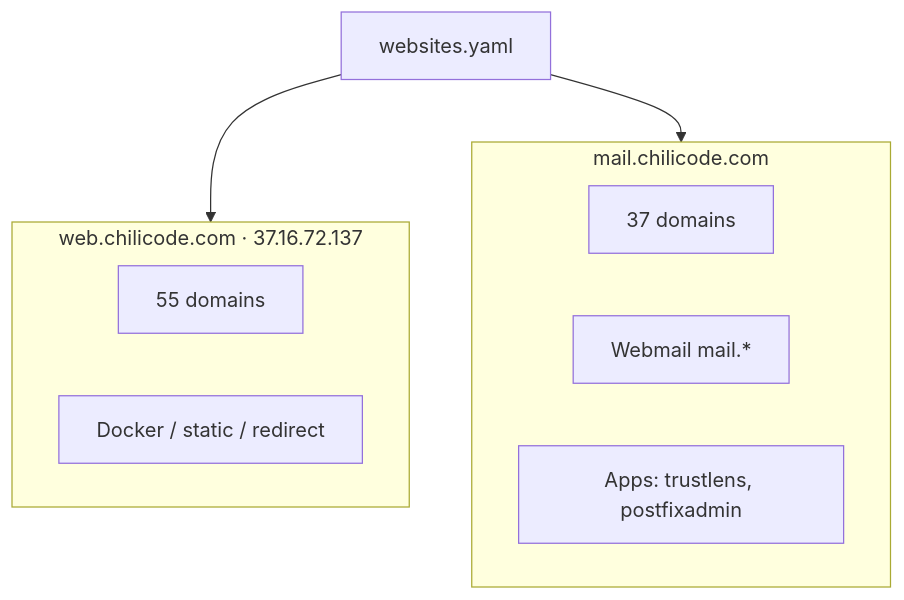
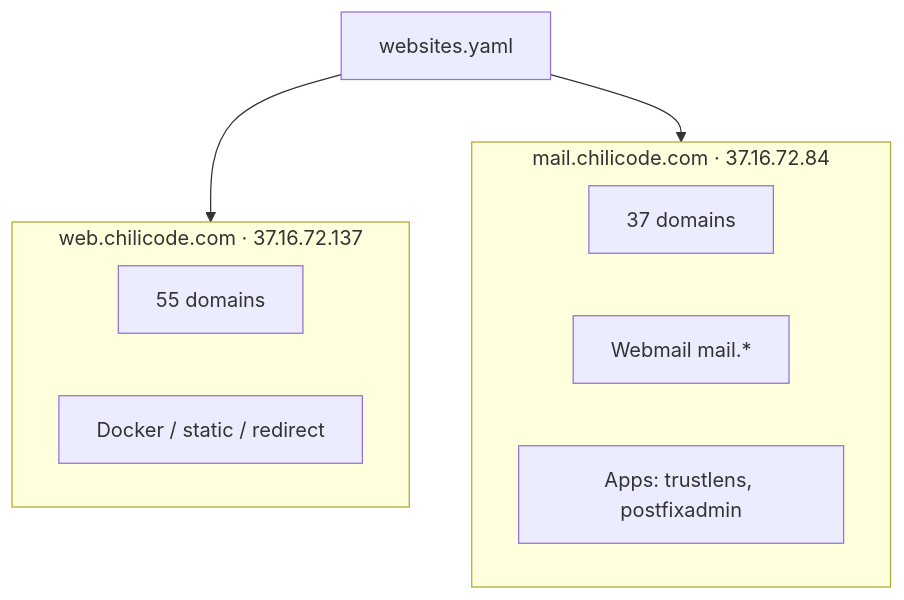
One commit to hubertba/website-health changed the sixth of 6 diagrams in requirements-docs/diagrams.rst. Above: the diagram before and after it, drawn with Mermaid. The commit also changed other lines of this file and 20 other files, not shown here.

```diff
--- a/requirements-docs/diagrams.rst
+++ b/requirements-docs/diagrams.rst
@@ -159,15 +164,15 @@
 .. mermaid::
 
    flowchart TB
      subgraph web["web.chilicode.com · 37.16.72.137"]
        W1["55 domains"]
        W2["Docker / static / redirect"]
      end
 
-     subgraph mail["mail.chilicode.com"]
+     subgraph mail["mail.chilicode.com · 37.16.72.84"]
        M1["37 domains"]
        M2["Webmail mail.*"]
        M3["Apps: trustlens, postfixadmin"]
      end
 
      INV["websites.yaml"] --> web & mail
```
